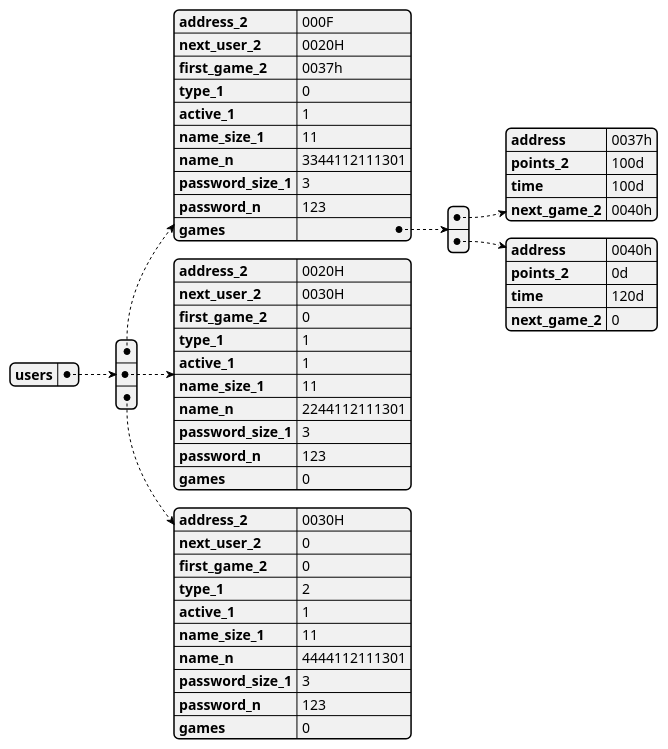
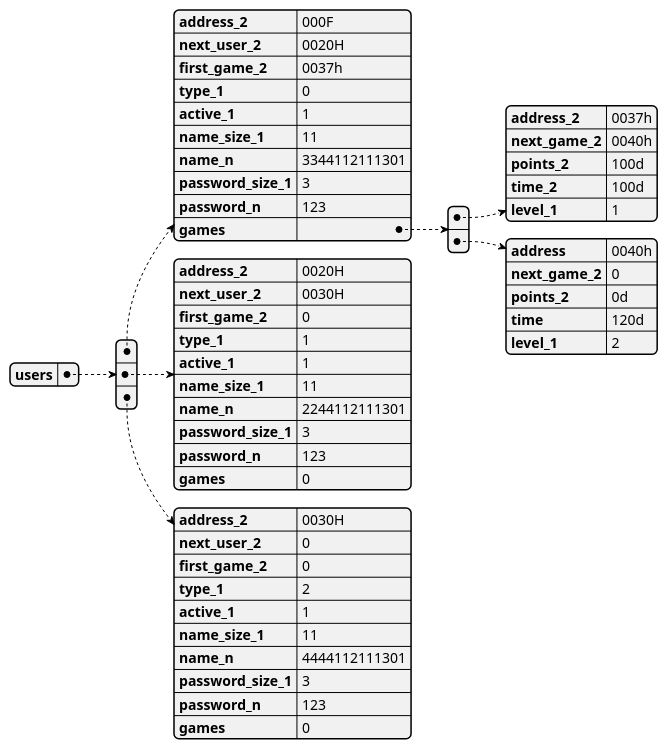
The diagram in docs/memory/memory.puml (damianpeaf/ACE1_Proyecto2), drawn with PlantUML before and after one commit. The commit also changed 6 other files, not shown here.

```diff
--- a/docs/memory/memory.puml
+++ b/docs/memory/memory.puml
@@ -1,56 +1,59 @@
 @startjson
+
 {
     "users": [
         {
             "address_2": "000F",
             "next_user_2": "0020H",
             "first_game_2": "0037h",
             "type_1": 0,
             "active_1": 1,
             "name_size_1": 11,
             "name_n": "3344112111301",
             "password_size_1": 3,
             "password_n": "123",
             "games": [
                 {
-                    "address": "0037h",
+                    "address_2": "0037h",
+                    "next_game_2": "0040h",
                     "points_2": "100d",
-                    "time": "100d",
-                    "next_game_2": "0040h"
+                    "time_2": "100d",
+                    "level_1": 1
                 },
                 {
                     "address": "0040h",
+                    "next_game_2": 0,
                     "points_2": "0d",
                     "time": "120d",
-                    "next_game_2": 0
+                    "level_1": 2
                 }
             ]
         },
         {
             "address_2": "0020H",
             "next_user_2": "0030H",
             "first_game_2": 0,
             "type_1": 1,
             "active_1": 1,
             "name_size_1": 11,
             "name_n": "2244112111301",
             "password_size_1": 3,
             "password_n": "123",
             "games": 0
         },
         {
             "address_2": "0030H",
             "next_user_2": 0,
             "first_game_2": 0,
             "type_1": 2,
             "active_1": 1,
             "name_size_1": 11,
             "name_n": "4444112111301",
             "password_size_1": 3,
             "password_n": "123",
             "games": 0
         }
     ]
 }
 
 @endjson
```
